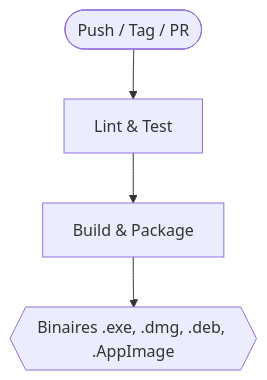
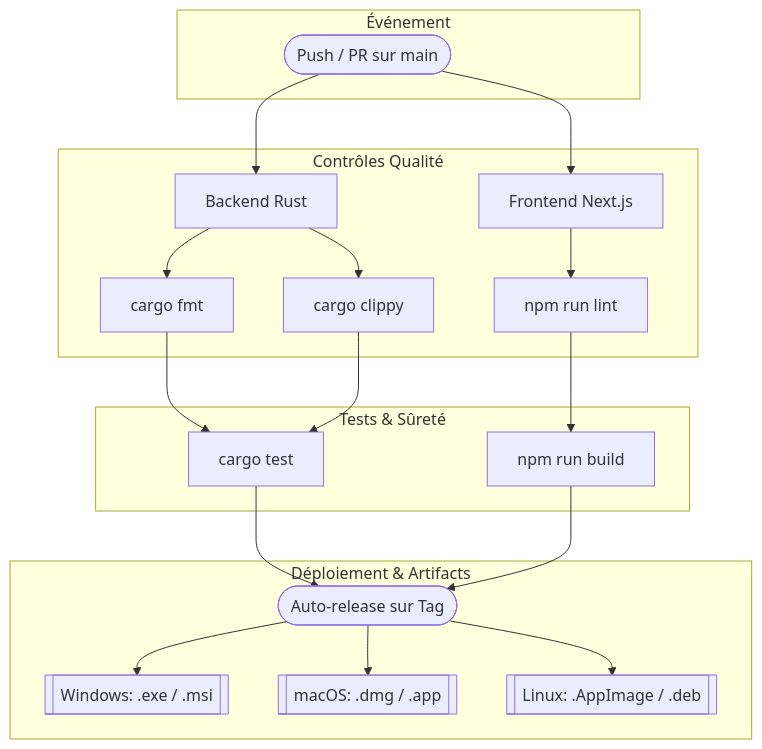
Before and after one commit to florian-billon/voisins-connect: the fourth of 4 diagrams in README.md, drawn with Mermaid. The commit also changed other lines of this file, not shown here.

Commit message:
docs: restore detailed CI/CD and WebSocket diagrams with full runner breakdown

````diff
--- a/README.md
+++ b/README.md
@@ -522,6 +528,28 @@
 ```mermaid
 graph TD
-    Trigger([Push / Tag / PR]) --> Audit[Lint & Test]
-    Audit --> Build[Build & Package]
-    Build --> Release{{Binaires .exe, .dmg, .deb, .AppImage}}
+    subgraph Trigger [Événement]
+        T([Push / PR sur main])
+    end
+
+    subgraph Audit [Contrôles Qualité]
+        T --> Rust[Backend Rust]
+        T --> JS[Frontend Next.js]
+        
+        Rust --> Fmt[cargo fmt]
+        Rust --> Clip[cargo clippy]
+        JS --> Lnt[npm run lint]
+    end
+
+    subgraph Testing [Tests & Sûreté]
+        Fmt & Clip --> RTest[cargo test]
+        Lnt --> JBuild[npm run build]
+    end
+
+    subgraph Release [Déploiement & Artifacts]
+        RTest & JBuild --> Tag([Auto-release sur Tag])
+        
+        Tag --> Win[[Windows: .exe / .msi]]
+        Tag --> Mac[[macOS: .dmg / .app]]
+        Tag --> Lin[[Linux: .AppImage / .deb]]
+    end
 ```
````
